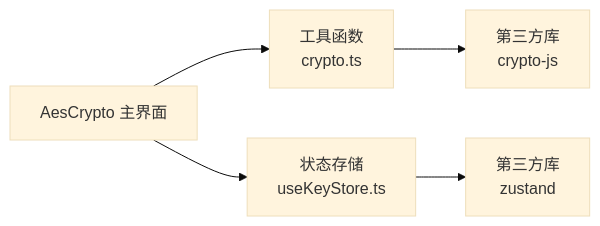
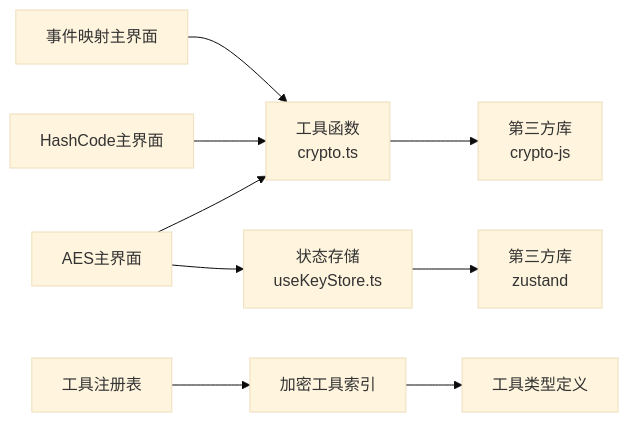
One commit to xkdaq/XKUtil changed the ninth of 9 diagrams in .qoder/repowiki/zh/content/项目概述/核心功能/加密工具系列/加密工具系列.md. Above: the diagram before and after it, drawn with Mermaid (base theme). The commit also changed other lines of this file and 81 other files, not shown here.

````diff
--- a/.qoder/repowiki/zh/content/项目概述/核心功能/加密工具系列/加密工具系列.md
+++ b/.qoder/repowiki/zh/content/项目概述/核心功能/加密工具系列/加密工具系列.md
@@ -306,7 +365,11 @@
 ```mermaid
 graph LR
-AesMain["AesCrypto 主界面"] --> Utils["工具函数<br/>crypto.ts"]
+AesMain["AES主界面"] --> Utils["工具函数<br/>crypto.ts"]
 AesMain --> Store["状态存储<br/>useKeyStore.ts"]
+HashMain["HashCode主界面"] --> Utils
+EventMain["事件映射主界面"] --> Utils
 Utils --> CryptoJS["第三方库<br/>crypto-js"]
 Store --> Zustand["第三方库<br/>zustand"]
+Registry["工具注册表"] --> CryptoIndex["加密工具索引"]
+CryptoIndex --> Types["工具类型定义"]
 ```
````
